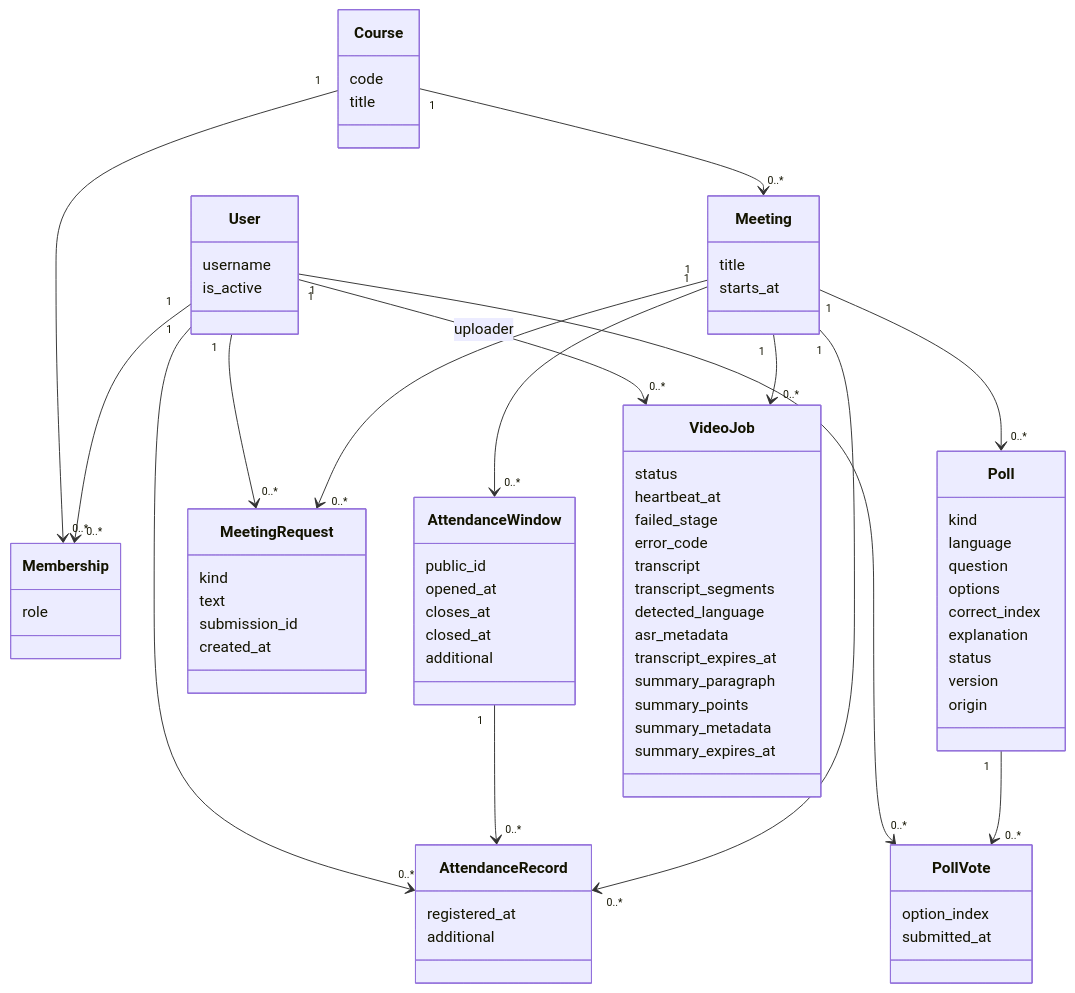
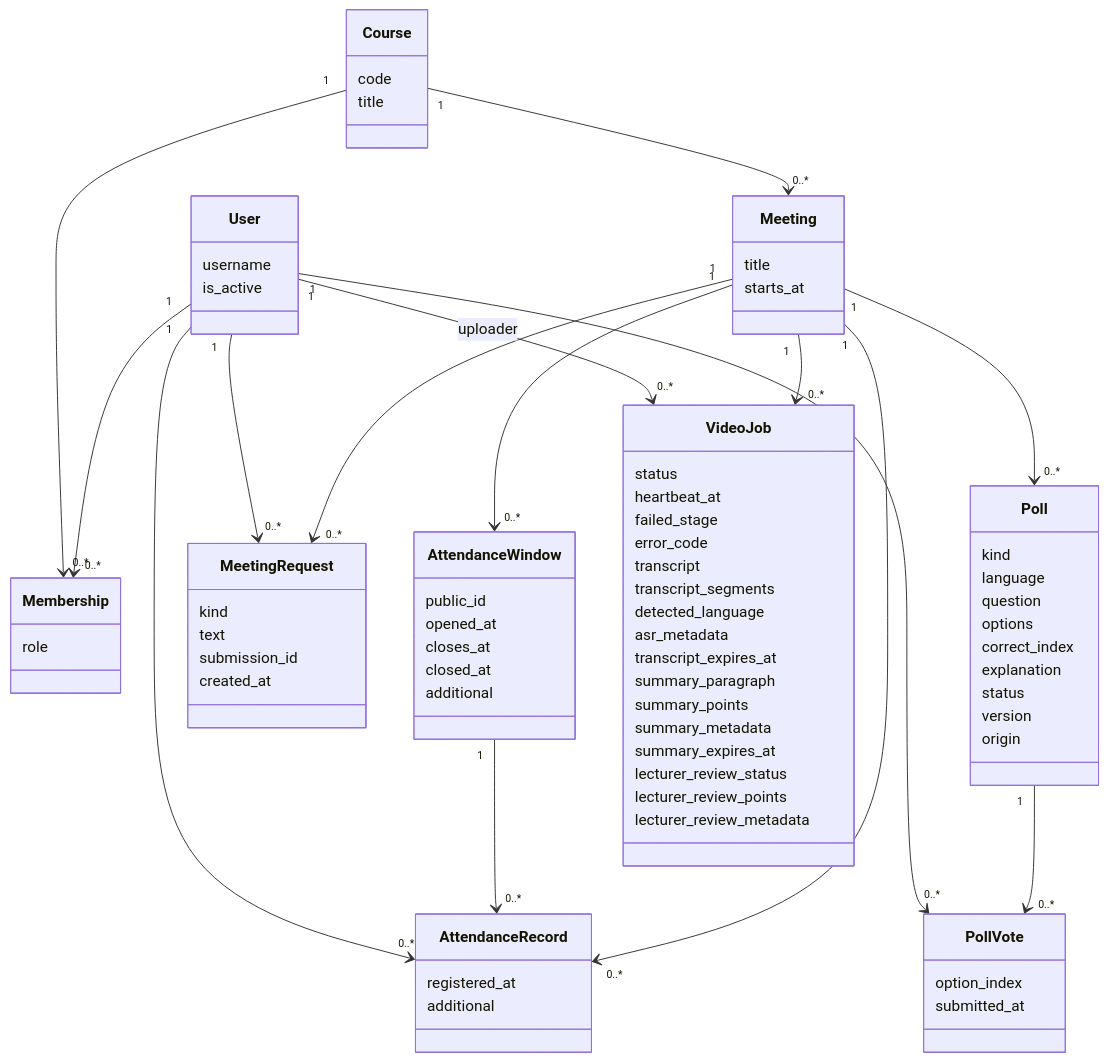
One commit to itavs/TeachingTool-Ex2 changed the first of 7 diagrams in docs/architecture.md. Above: the diagram before and after it, drawn with Mermaid. The commit also changed other lines of this file and 46 other files, not shown here.

````diff
--- a/docs/architecture.md
+++ b/docs/architecture.md
@@ -74,79 +74,82 @@
 ```mermaid
 classDiagram
     class User {
         username
         is_active
     }
     class Course {
         code
         title
     }
     class Membership {
         role
     }
     class Meeting {
         title
         starts_at
     }
     class AttendanceWindow {
         public_id
         opened_at
         closes_at
         closed_at
         additional
     }
     class AttendanceRecord {
         registered_at
         additional
     }
     class MeetingRequest {
         kind
         text
         submission_id
         created_at
     }
     class Poll {
         kind
         language
         question
         options
         correct_index
         explanation
         status
         version
         origin
     }
     class PollVote {
         option_index
         submitted_at
     }
     class VideoJob {
         status
         heartbeat_at
         failed_stage
         error_code
         transcript
         transcript_segments
         detected_language
         asr_metadata
         transcript_expires_at
         summary_paragraph
         summary_points
         summary_metadata
         summary_expires_at
+        lecturer_review_status
+        lecturer_review_points
+        lecturer_review_metadata
     }
     User "1" --> "0..*" Membership
     Course "1" --> "0..*" Membership
     Course "1" --> "0..*" Meeting
     Meeting "1" --> "0..*" AttendanceWindow
     Meeting "1" --> "0..*" AttendanceRecord
     AttendanceWindow "1" --> "0..*" AttendanceRecord
     User "1" --> "0..*" AttendanceRecord
     Meeting "1" --> "0..*" MeetingRequest
     User "1" --> "0..*" MeetingRequest
     Meeting "1" --> "0..*" Poll
     Poll "1" --> "0..*" PollVote
     User "1" --> "0..*" PollVote
     Meeting "1" --> "0..*" VideoJob
     User "1" --> "0..*" VideoJob : uploader
 ```
````
